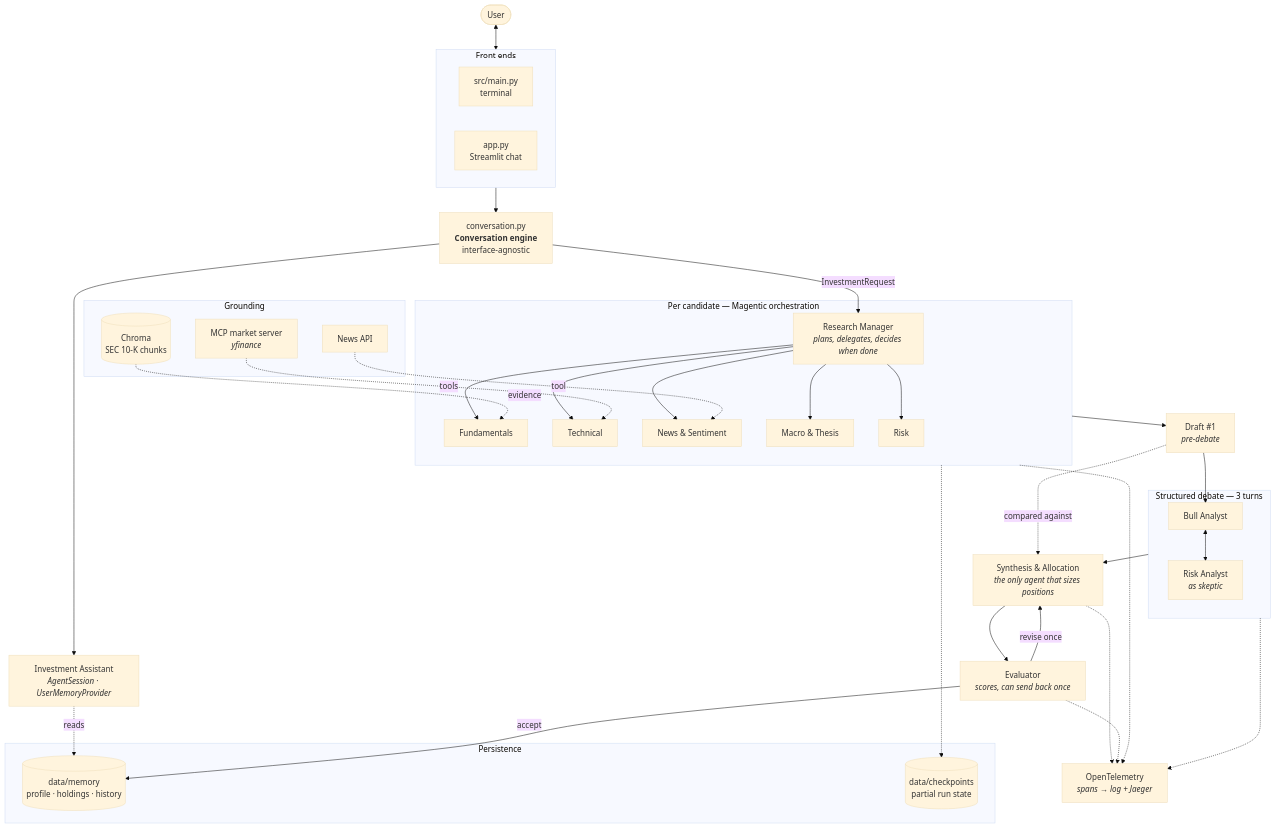
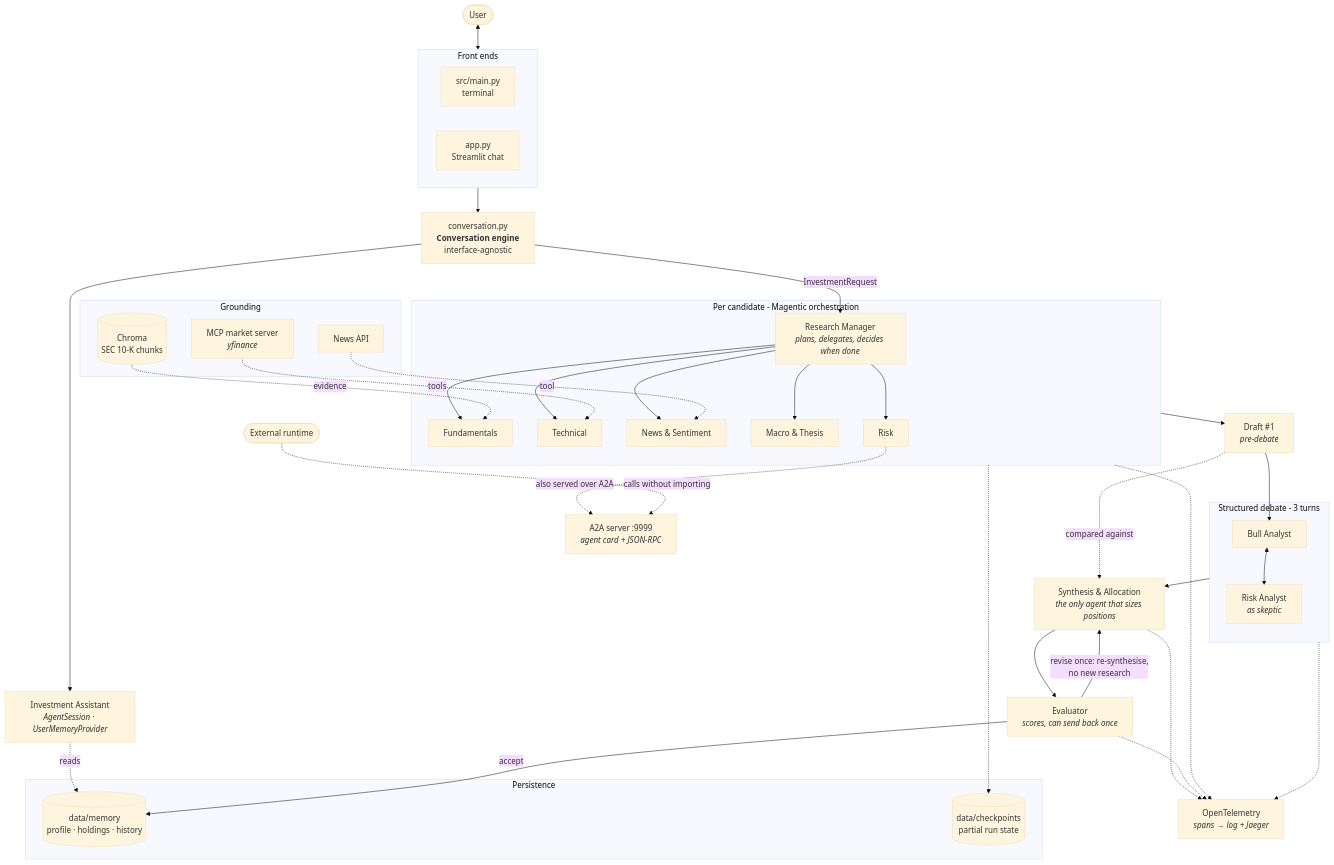
One commit to tshetty1974/dailyDollar changed the diagram in README.md. Above: the diagram before and after it, drawn with Mermaid (base theme). The commit also changed other lines of this file, not shown here.

````diff
--- a/README.md
+++ b/README.md
@@ -81,66 +81,72 @@
 ```mermaid
 flowchart TB
     User([User])
 
     subgraph Front["Front ends"]
         CLI["src/main.py<br/>terminal"]
         UI["app.py<br/>Streamlit chat"]
     end
 
     Engine["conversation.py<br/><b>Conversation engine</b><br/>interface-agnostic"]
 
     Assistant["Investment Assistant<br/><i>AgentSession · UserMemoryProvider</i>"]
 
-    subgraph Research["Per candidate — Magentic orchestration"]
+    subgraph Research["Per candidate - Magentic orchestration"]
         Manager["Research Manager<br/><i>plans, delegates, decides when done</i>"]
         Fund["Fundamentals"]
         Tech["Technical"]
         News["News & Sentiment"]
         Macro["Macro & Thesis"]
         Risk["Risk"]
     end
 
-    subgraph Debate["Structured debate — 3 turns"]
+    subgraph Debate["Structured debate - 3 turns"]
         Bull["Bull Analyst"]
         Skeptic["Risk Analyst<br/><i>as skeptic</i>"]
     end
 
     Synth["Synthesis & Allocation<br/><i>the only agent that sizes positions</i>"]
     Eval["Evaluator<br/><i>scores, can send back once</i>"]
 
     subgraph Data["Grounding"]
         Chroma[("Chroma<br/>SEC 10-K chunks")]
         MCP["MCP market server<br/><i>yfinance</i>"]
         NewsAPI["News API"]
     end
 
     subgraph Persist["Persistence"]
         Mem[("data/memory<br/>profile · holdings · history")]
         Ckpt[("data/checkpoints<br/>partial run state")]
     end
+
+    A2A["A2A server :9999<br/><i>agent card + JSON-RPC</i>"]
+    Ext([External runtime])
 
     Otel["OpenTelemetry<br/><i>spans → log + Jaeger</i>"]
 
     User <--> Front
     Front --> Engine
     Engine --> Assistant
     Assistant -.->|reads| Mem
     Engine -->|InvestmentRequest| Manager
 
     Manager --> Fund & Tech & News & Macro & Risk
     Chroma -.->|evidence| Fund
     MCP -.->|tools| Tech
     NewsAPI -.->|tool| News
 
     Research --> PreDraft["Draft #1<br/><i>pre-debate</i>"]
     PreDraft --> Bull
     Bull <--> Skeptic
     Debate --> Synth
     PreDraft -.->|compared against| Synth
     Synth --> Eval
-    Eval -->|revise once| Synth
+    Eval -->|revise once: re-synthesise,<br/>no new research| Synth
     Eval -->|accept| Mem
+
+    Risk -.->|also served over A2A| A2A
+    Ext -.->|calls without importing| A2A
 
     Research -.-> Ckpt
     Research & Debate & Synth & Eval -.-> Otel
 ```
````
